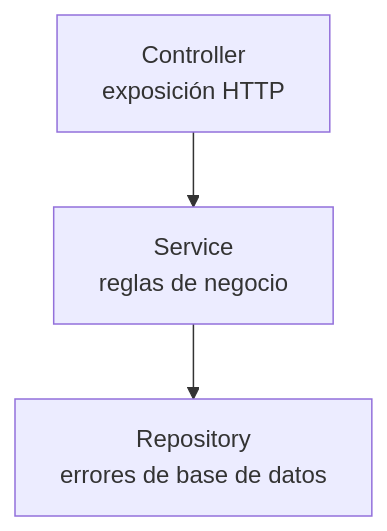
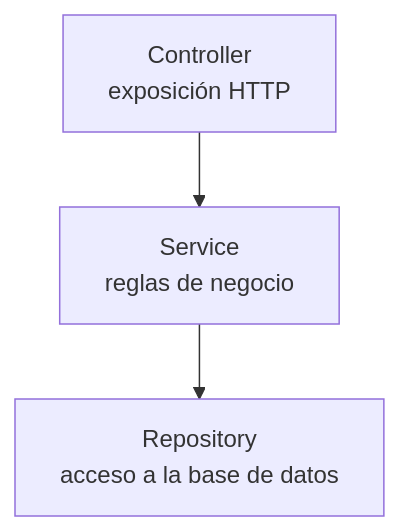
Before and after one commit to crodrigr/skill-spring-boot: the first of 2 diagrams in generador-cursos/curso-spring-boot/07-manejo-de-excepciones/material/ejemplos/02-excepciones-en-una-api-rest.md, drawn with Mermaid. The commit also changed other lines of this file, not shown here.

````diff
--- a/generador-cursos/curso-spring-boot/07-manejo-de-excepciones/material/ejemplos/02-excepciones-en-una-api-rest.md
+++ b/generador-cursos/curso-spring-boot/07-manejo-de-excepciones/material/ejemplos/02-excepciones-en-una-api-rest.md
@@ -39,5 +30,5 @@
 ```mermaid
 flowchart TD
     Controller["Controller<br/>exposición HTTP"] --> Service["Service<br/>reglas de negocio"]
-    Service --> Repository["Repository<br/>errores de base de datos"]
+    Service --> Repository["Repository<br/>acceso a la base de datos"]
 ```
````
